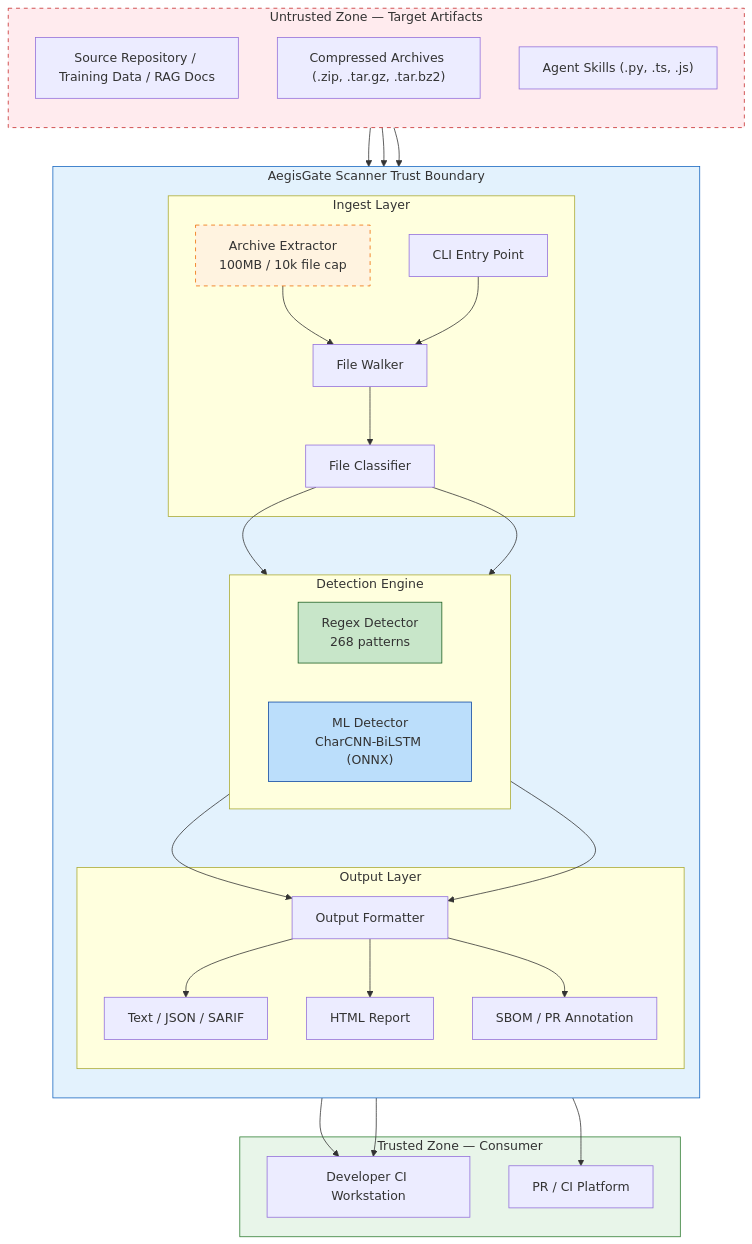
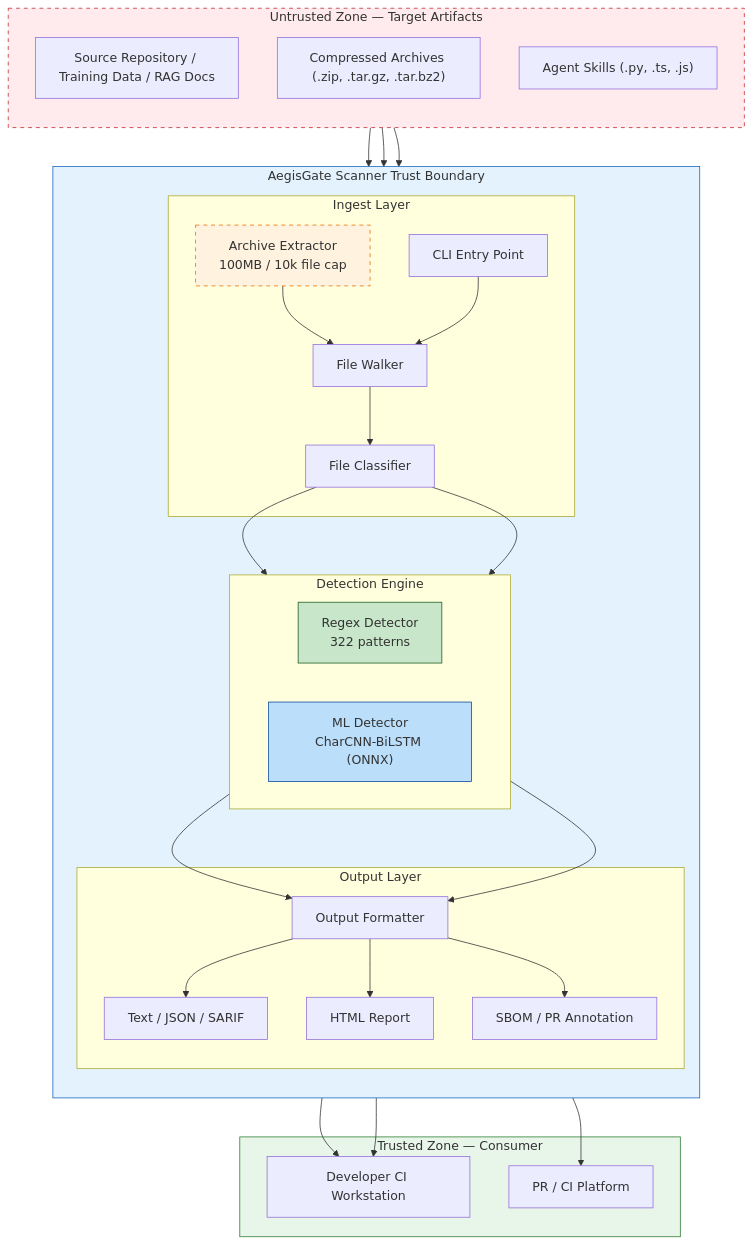
Before and after one commit to actions-marketplace-validations/aegisgatesecurity_aegisgate-scanner: the diagram in docs/threat-model.md, drawn with Mermaid. The commit also changed other lines of this file and 3 other files, not shown here.

````diff
--- a/docs/threat-model.md
+++ b/docs/threat-model.md
@@ -58,63 +58,63 @@
 ```mermaid
 %%{init: {'theme': 'default'}}%%
 flowchart TB
     subgraph Untrusted["Untrusted Zone — Target Artifacts"]
         direction TB
         SourceRepo["Source Repository / Training Data / RAG Docs"]
         Archive["Compressed Archives (.zip, .tar.gz, .tar.bz2)"]
         AgentSkills["Agent Skills (.py, .ts, .js)"]
     end
 
     subgraph ScannerBoundary["AegisGate Scanner Trust Boundary"]
         direction TB
 
         subgraph Ingest["Ingest Layer"]
             CLI["CLI Entry Point"]
             Walker["File Walker"]
             ArchiveExt["Archive Extractor\n100MB / 10k file cap"]
             Classifier["File Classifier"]
         end
 
         subgraph Detection["Detection Engine"]
             direction LR
-            RegexDet["Regex Detector\n268 patterns"]
+            RegexDet["Regex Detector\n322 patterns"]
             MLDet["ML Detector\nCharCNN-BiLSTM (ONNX)"]
         end
 
         subgraph Output["Output Layer"]
             Formatter["Output Formatter"]
             TextOut["Text / JSON / SARIF"]
             HTMLOut["HTML Report"]
             SBOMOut["SBOM / PR Annotation"]
         end
     end
 
     subgraph Trusted["Trusted Zone — Consumer"]
         DevWorkstation["Developer CI Workstation"]
         PRPlatform["PR / CI Platform"]
     end
 
     SourceRepo --> Walker
     Archive --> ArchiveExt
     ArchiveExt --> Walker
     AgentSkills --> Walker
     CLI --> Walker
     Walker --> Classifier
     Classifier --> RegexDet
     Classifier --> MLDet
     RegexDet --> Formatter
     MLDet --> Formatter
     Formatter --> TextOut
     Formatter --> HTMLOut
     Formatter --> SBOMOut
     TextOut --> DevWorkstation
     HTMLOut --> DevWorkstation
     SBOMOut --> PRPlatform
 
     style Untrusted fill:#ffebee,stroke:#c62828,stroke-dasharray: 5 5
     style ScannerBoundary fill:#e3f2fd,stroke:#1565c0
     style Trusted fill:#e8f5e9,stroke:#2e7d32
     style ArchiveExt fill:#fff3e0,stroke:#ef6c00,stroke-dasharray: 5 5
     style MLDet fill:#bbdefb,stroke:#0d47a1
     style RegexDet fill:#c8e6c9,stroke:#1b5e20
 ```
````
